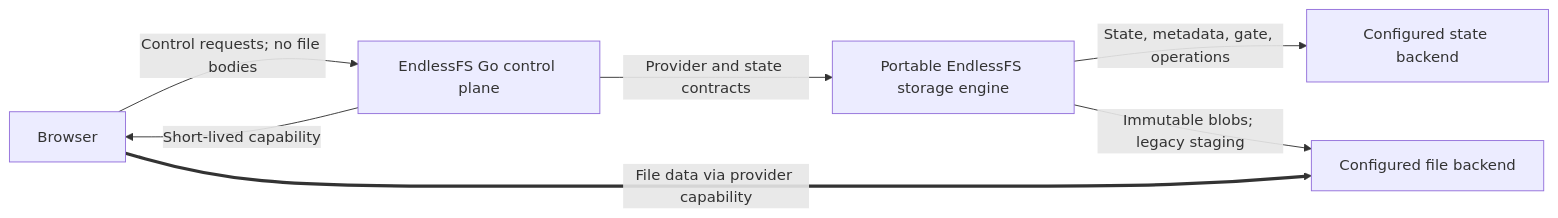
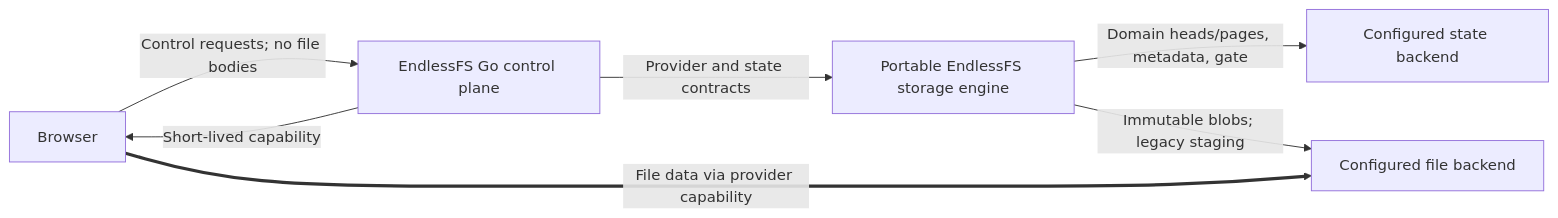
Before and after one commit to applyinnovations/EndlessFS: the first of 3 diagrams in docs/v1-specification.md, drawn with Mermaid. The commit also changed other lines of this file and 205 other files, not shown here.

First line of the commit message:
Replace runtime storage with schema 009 architecture (#39)

````diff
--- a/docs/v1-specification.md
+++ b/docs/v1-specification.md
@@ -227,9 +227,9 @@
 ```mermaid
 flowchart LR
     B["Browser"] -->|"Control requests; no file bodies"| E["EndlessFS Go control plane"]
     E -->|"Provider and state contracts"| F["Portable EndlessFS storage engine"]
-    F -->|"State, metadata, gate, operations"| S["Configured state backend"]
+    F -->|"Domain heads/pages, metadata, gate"| S["Configured state backend"]
     F -->|"Immutable blobs; legacy staging"| O["Configured file backend"]
     E -->|"Short-lived capability"| B
     B ==>|"File data via provider capability"| O
 ```
````
